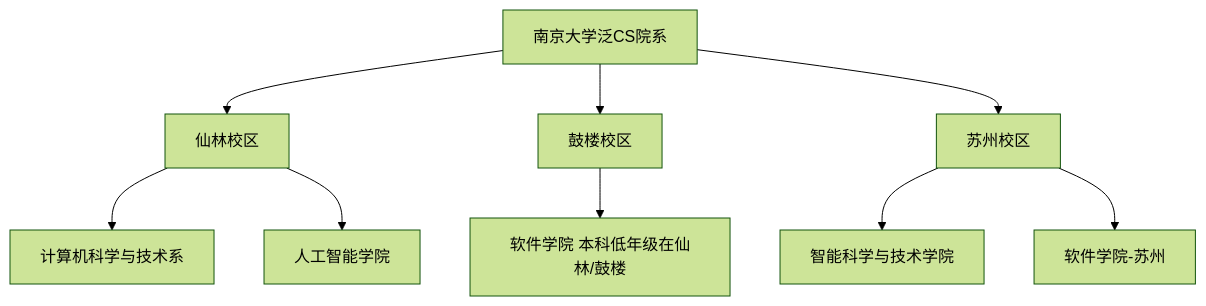
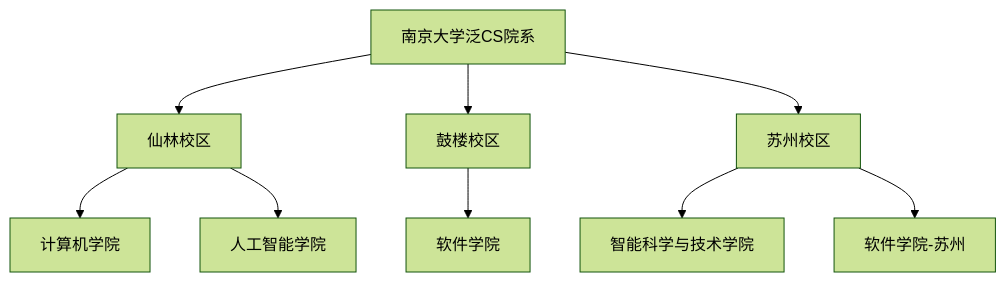
One commit to foxsplendid/SurviveNJU-CS changed the diagram in docs/getting-started/cs-overview.md. Above: the diagram before and after it, drawn with Mermaid (forest theme). The commit also changed other lines of this file and 38 other files, not shown here.

````diff
--- a/docs/getting-started/cs-overview.md
+++ b/docs/getting-started/cs-overview.md
@@ -11,14 +11,14 @@
 ```mermaid
 graph TD
     NJU[南京大学泛CS院系] --> Xianlin[仙林校区]
     NJU --> Gulou[鼓楼校区]
     NJU --> Suzhou[苏州校区]
     
-    Xianlin --> CS[计算机科学与技术系]
+    Xianlin --> CS[计算机学院]
     Xianlin --> AI[人工智能学院]
     
-    Gulou --> SE[软件学院 本科低年级在仙林/鼓楼]
+    Gulou --> SE[软件学院]
     
     Suzhou --> IST[智能科学与技术学院]
     Suzhou --> SES[软件学院-苏州]
 ```
````
